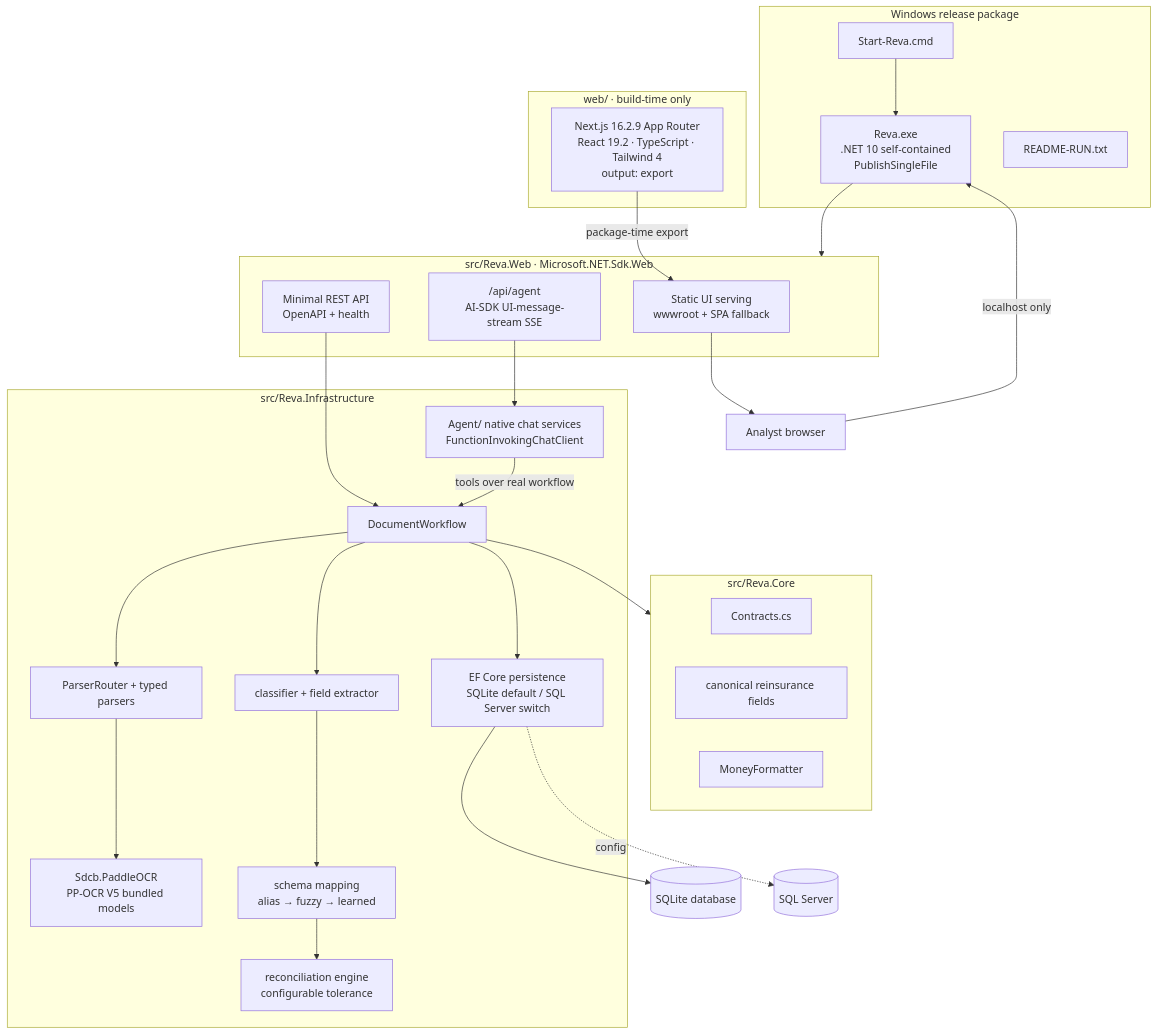
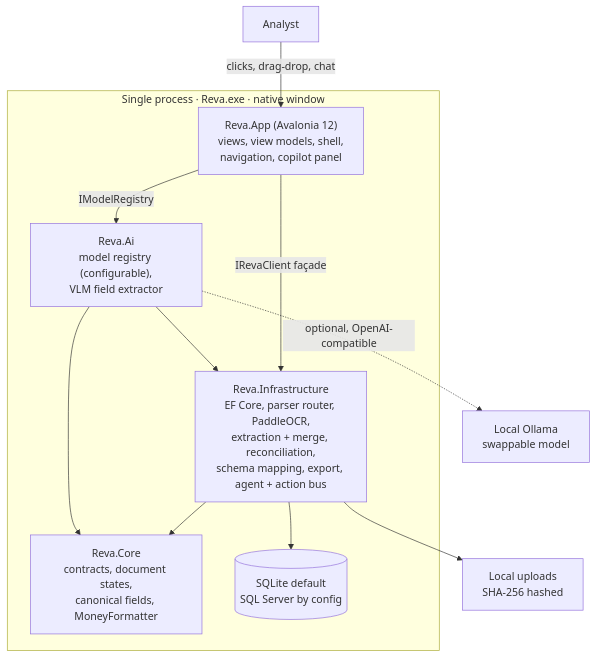
Before and after one commit to xt0n1-t3ch/Reva: the first of 3 diagrams in docs/architecture.md, drawn with Mermaid. The commit also changed other lines of this file and 95 other files, not shown here.

First line of the commit message:
feat(app): Reva 2.0 — native Avalonia app, VLM-first pipeline, agentic copilot

````diff
--- a/docs/architecture.md
+++ b/docs/architecture.md
@@ -7,50 +9,20 @@
 ```mermaid
 flowchart TB
-  subgraph Release["Windows release package"]
-    Exe["Reva.exe<br/>.NET 10 self-contained<br/>PublishSingleFile"]
-    Cmd["Start-Reva.cmd"]
-    RunReadme["README-RUN.txt"]
+  subgraph Proc["Single process · Reva.exe · native window"]
+    App["Reva.App (Avalonia 12)<br/>views, view models, shell,<br/>navigation, copilot panel"]
+    Ai["Reva.Ai<br/>model registry (configurable),<br/>VLM field extractor"]
+    Infra["Reva.Infrastructure<br/>EF Core, parser router, PaddleOCR,<br/>extraction + merge, reconciliation,<br/>schema mapping, export, agent + action bus"]
+    Core["Reva.Core<br/>contracts, document states,<br/>canonical fields, MoneyFormatter"]
+    Store[("SQLite default<br/>SQL Server by config")]
   end
 
-  subgraph Host["src/Reva.Web · Microsoft.NET.Sdk.Web"]
-    Static["Static UI serving<br/>wwwroot + SPA fallback"]
-    Rest["Minimal REST API<br/>OpenAPI + health"]
-    AgentEndpoint["/api/agent<br/>AI-SDK UI-message-stream SSE"]
-  end
-
-  subgraph Web["web/ · build-time only"]
-    Next["Next.js 16.2.9 App Router<br/>React 19.2 · TypeScript · Tailwind 4<br/>output: export"]
-  end
-
-  subgraph Core["src/Reva.Core"]
-    Contracts["Contracts.cs"]
-    Fields["canonical reinsurance fields"]
-    Money["MoneyFormatter"]
-  end
-
-  subgraph Infra["src/Reva.Infrastructure"]
-    Workflow["DocumentWorkflow"]
-    Router["ParserRouter + typed parsers"]
-    OCR["Sdcb.PaddleOCR<br/>PP-OCR V5 bundled models"]
-    Extract["classifier + field extractor"]
-    Mapping["schema mapping<br/>alias → fuzzy → learned"]
-    Reconcile["reconciliation engine<br/>configurable tolerance"]
-    Agent["Agent/ native chat services<br/>FunctionInvokingChatClient"]
-    Persistence["EF Core persistence<br/>SQLite default / SQL Server switch"]
-  end
-
-  Browser["Analyst browser"] -->|localhost only| Exe
-  Cmd --> Exe
-  Exe --> Host
-  Next -->|package-time export| Static
-  Static --> Browser
-  Rest --> Workflow
-  AgentEndpoint --> Agent
-  Agent -->|tools over real workflow| Workflow
-  Workflow --> Router --> OCR
-  Workflow --> Extract --> Mapping --> Reconcile
-  Workflow --> Persistence
-  Workflow --> Core
-  Persistence --> Db[("SQLite database")]
-  Persistence -. config .-> SqlServer[("SQL Server")]
+  User["Analyst"] -->|clicks, drag-drop, chat| App
+  App -->|IRevaClient façade| Infra
+  App -->|IModelRegistry| Ai
+  Ai --> Infra
+  Infra --> Core
+  Ai --> Core
+  Infra --> Store
+  Infra --> Files["Local uploads<br/>SHA-256 hashed"]
+  Ai -. optional, OpenAI-compatible .-> Ollama["Local Ollama<br/>swappable model"]
 ```
````
